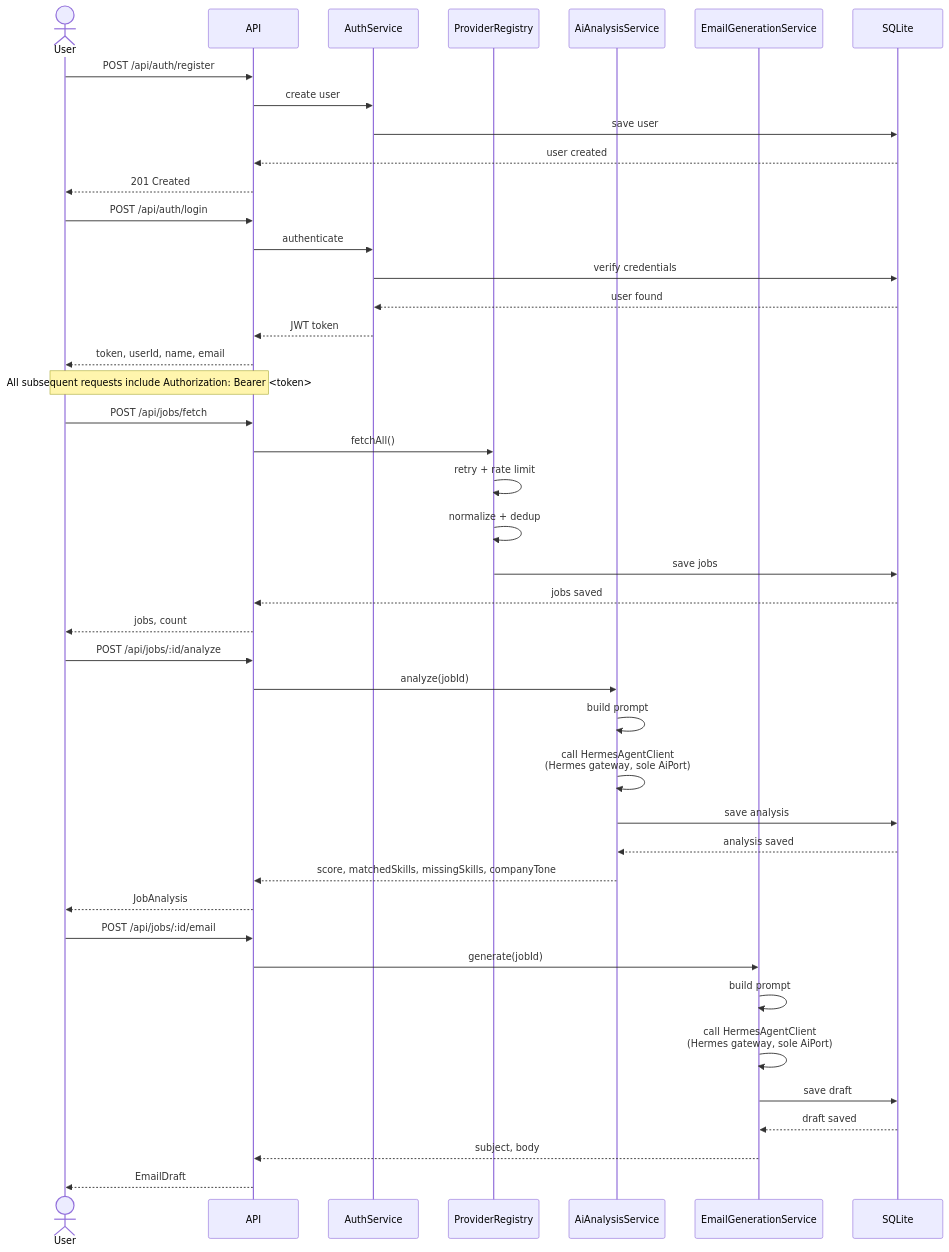
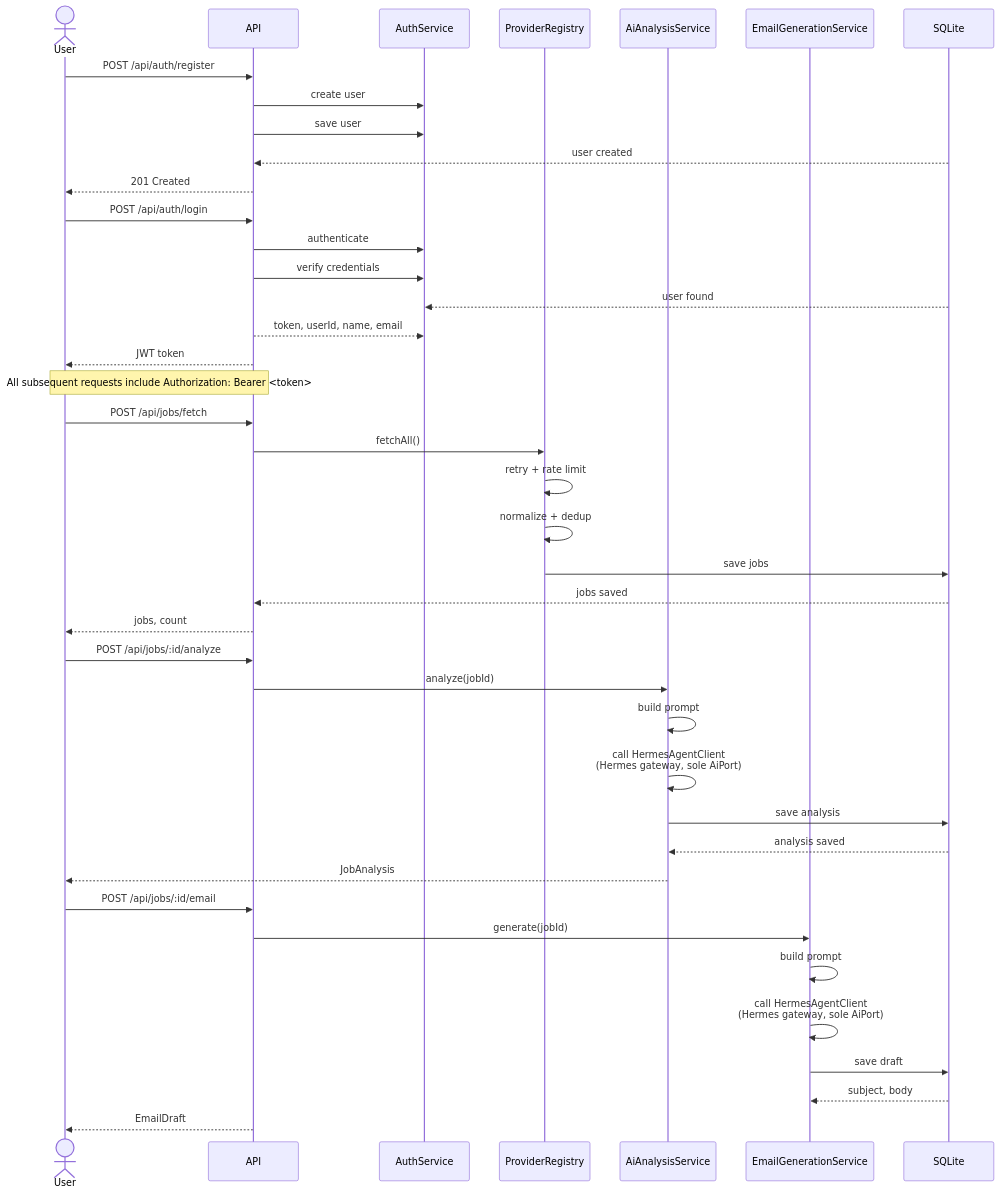
Before and after one commit to Uzzoper/job-hunter: the second of 6 diagrams in README.md, drawn with Mermaid. The commit also changed other lines of this file, not shown here.

Commit message:
docs: rewrite README — fix inverted email flow, add ATS/GitHub sources, reorder quickstart first

````diff
--- a/README.md
+++ b/README.md
@@ -120,51 +387,49 @@
 ```mermaid
 sequenceDiagram
     actor User
     participant API
     participant Auth as AuthService
     participant Scraper as ProviderRegistry
     participant AI as AiAnalysisService
     participant Email as EmailGenerationService
     participant DB as SQLite
 
     User ->> API: POST /api/auth/register
     API ->> Auth: create user
-    Auth ->> DB: save user
+    API ->> Auth: save user
     DB -->> API: user created
     API -->> User: 201 Created
 
     User ->> API: POST /api/auth/login
     API ->> Auth: authenticate
-    Auth ->> DB: verify credentials
+    API ->> Auth: verify credentials
     DB -->> Auth: user found
-    Auth -->> API: JWT token
-    API -->> User: token, userId, name, email
+    API -->> Auth: token, userId, name, email
+    API -->> User: JWT token
 
     Note over User,API: All subsequent requests include Authorization: Bearer <token>
 
     User ->> API: POST /api/jobs/fetch
     API ->> Scraper: fetchAll()
     Scraper ->> Scraper: retry + rate limit
     Scraper ->> Scraper: normalize + dedup
     Scraper ->> DB: save jobs
     DB -->> API: jobs saved
     API -->> User: jobs, count
 
     User ->> API: POST /api/jobs/:id/analyze
     API ->> AI: analyze(jobId)
     AI ->> AI: build prompt
     AI ->> AI: call HermesAgentClient<br/>(Hermes gateway, sole AiPort)
     AI ->> DB: save analysis
     DB -->> AI: analysis saved
-    AI -->> API: score, matchedSkills, missingSkills, companyTone
-    API -->> User: JobAnalysis
+    AI -->> User: JobAnalysis
 
     User ->> API: POST /api/jobs/:id/email
     API ->> Email: generate(jobId)
     Email ->> Email: build prompt
     Email ->> Email: call HermesAgentClient<br/>(Hermes gateway, sole AiPort)
     Email ->> DB: save draft
-    DB -->> Email: draft saved
-    Email -->> API: subject, body
+    DB -->> Email: subject, body
     API -->> User: EmailDraft
 ```
````
